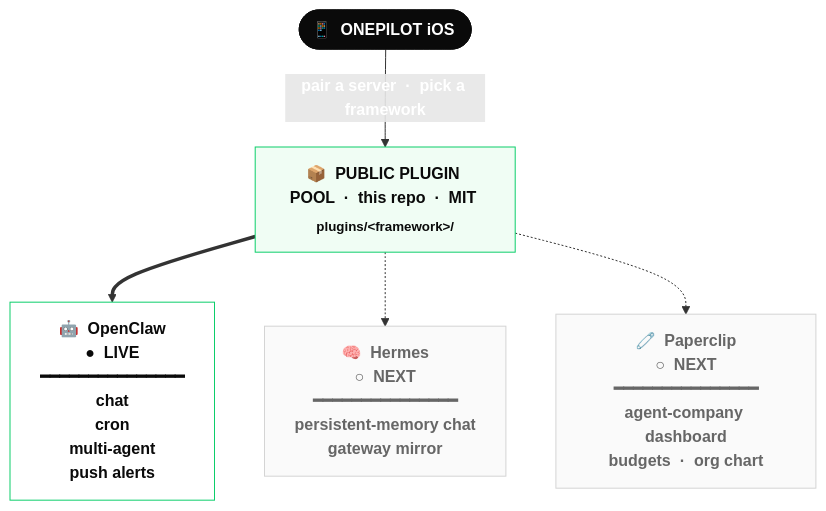
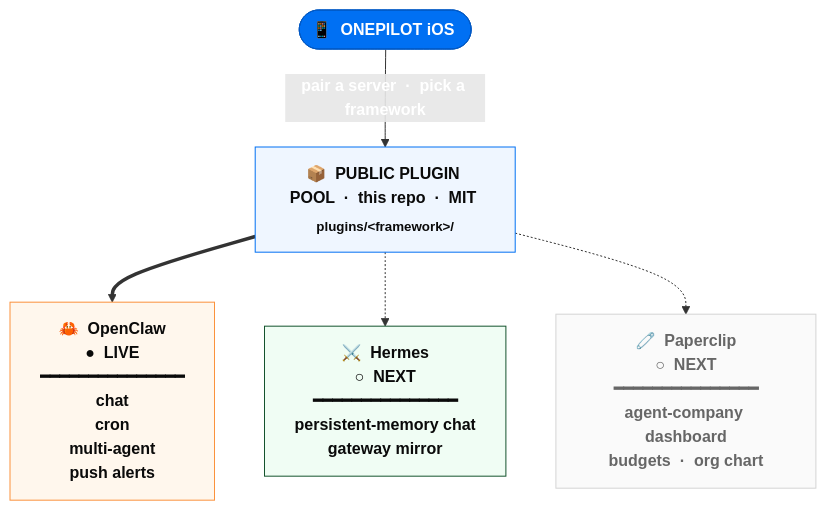
One commit to sofiane8910/onepilotapp changed the third of 3 diagrams in README.md. Above: the diagram before and after it, drawn with Mermaid. The commit also changed other lines of this file and 3 other files, not shown here.

````diff
--- a/README.md
+++ b/README.md
@@ -97,17 +99,19 @@
 ```mermaid
 flowchart TB
     A(["📱 &nbsp;ONEPILOT iOS&nbsp;"])
     A -- "pair a server &nbsp;·&nbsp; pick a framework" --> B["📦 &nbsp;PUBLIC PLUGIN POOL &nbsp;·&nbsp; this repo &nbsp;·&nbsp; MIT&nbsp;<br/><sub>plugins/&lt;framework&gt;/</sub>"]
-    B ==> C["<b>🤖 &nbsp;OpenClaw</b><br/><b>● &nbsp;LIVE</b><br/>━━━━━━━━━━━━━━━<br/>chat<br/>cron<br/>multi-agent<br/>push alerts"]
-    B -.-> D["<b>🧠 &nbsp;Hermes</b><br/>○ &nbsp;NEXT<br/>━━━━━━━━━━━━━━━<br/>persistent-memory chat<br/>gateway mirror"]
+    B ==> C["<b>🦀 &nbsp;OpenClaw</b><br/><b>● &nbsp;LIVE</b><br/>━━━━━━━━━━━━━━━<br/>chat<br/>cron<br/>multi-agent<br/>push alerts"]
+    B -.-> D["<b>⚔️ &nbsp;Hermes</b><br/>○ &nbsp;NEXT<br/>━━━━━━━━━━━━━━━<br/>persistent-memory chat<br/>gateway mirror"]
     B -.-> E["<b>🧷 &nbsp;Paperclip</b><br/>○ &nbsp;NEXT<br/>━━━━━━━━━━━━━━━<br/>agent-company dashboard<br/>budgets &nbsp;·&nbsp; org chart"]
 
-    classDef root fill:#0a0a0a,stroke:#0a0a0a,color:#fff,font-weight:bold
-    classDef pool fill:#f0fdf4,stroke:#0cce6b,color:#0a0a0a,font-weight:bold
-    classDef live fill:#ffffff,stroke:#0cce6b,color:#0a0a0a,font-weight:bold
-    classDef next fill:#fafafa,stroke:#d4d4d4,color:#666
+    classDef root fill:#0070f3,stroke:#0058c4,color:#fff,font-weight:bold
+    classDef pool fill:#eff6ff,stroke:#0070f3,color:#0a0a0a,font-weight:bold
+    classDef openclaw fill:#fff7ed,stroke:#fb923c,color:#0a0a0a,font-weight:bold
+    classDef hermes fill:#f0fdf4,stroke:#14532d,color:#0a0a0a
+    classDef paperclip fill:#fafafa,stroke:#d4d4d4,color:#666
     class A root
     class B pool
-    class C live
-    class D,E next
+    class C openclaw
+    class D hermes
+    class E paperclip
 ```
````
